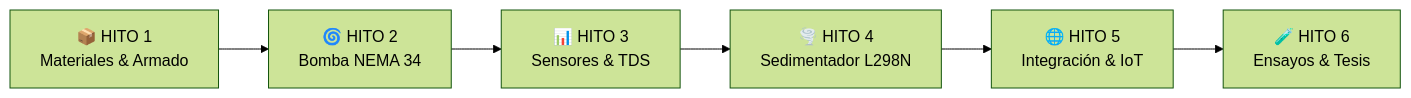
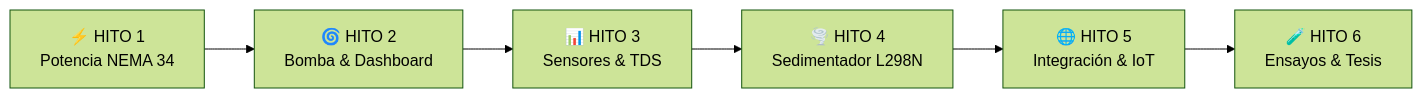
The diagram in README.md (enzoocorte/Planta-Ultrafiltracion), drawn with Mermaid (forest theme) before and after one commit. The commit also changed other lines of this file, not shown here.

Commit message:
Docs: Actualizacion de indice del README principal para Hito 1

````diff
--- a/README.md
+++ b/README.md
@@ -33,8 +33,8 @@
 ```mermaid
 flowchart LR
-    H1["📦 HITO 1<br>Materiales & Armado"] --> H2["🌀 HITO 2<br>Bomba NEMA 34"]
+    H1["⚡ HITO 1<br>Potencia NEMA 34"] --> H2["🌀 HITO 2<br>Bomba & Dashboard"]
     H2 --> H3["📊 HITO 3<br>Sensores & TDS"]
     H3 --> H4["🌪️ HITO 4<br>Sedimentador L298N"]
     H4 --> H5["🌐 HITO 5<br>Integración & IoT"]
     H5 --> H6["🧪 HITO 6<br>Ensayos & Tesis"]
 ```
````
